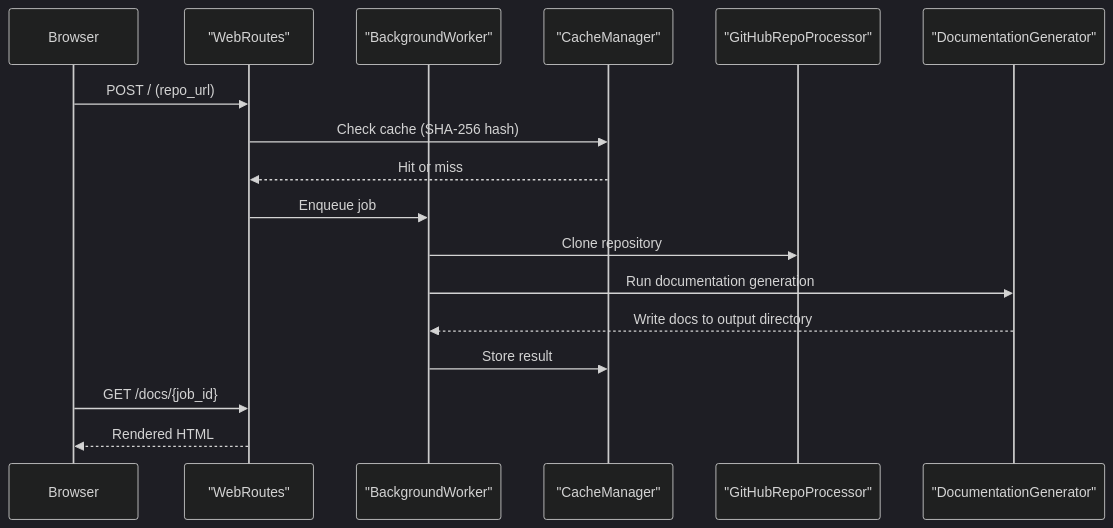
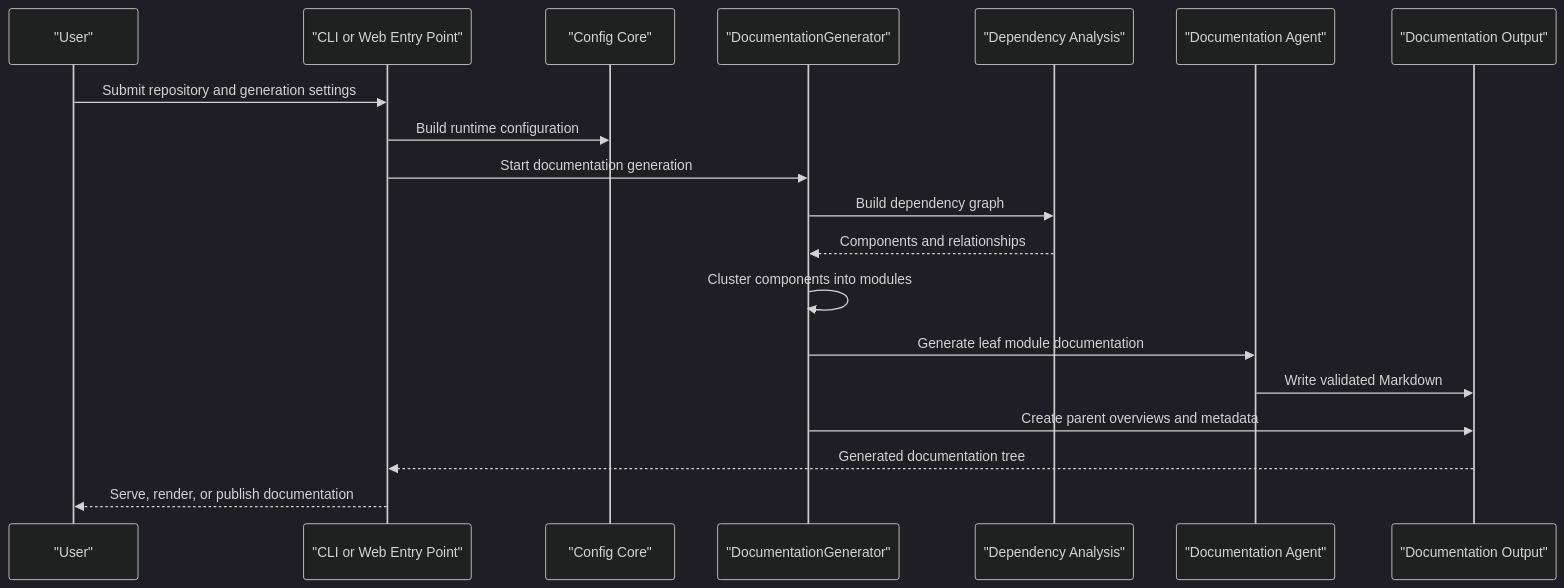
One commit to flamingo-stack/CodeWiki changed the third of 3 diagrams in docs/development/architecture/README.md. Above: the diagram before and after it, drawn with Mermaid (dark theme). The commit also changed other lines of this file and 275 other files, not shown here.

````diff
--- a/docs/development/architecture/README.md
+++ b/docs/development/architecture/README.md
@@ -160,20 +68,22 @@
 ```mermaid
 sequenceDiagram
-    participant Browser
-    participant Routes as "WebRoutes"
-    participant Worker as "BackgroundWorker"
-    participant Cache as "CacheManager"
-    participant GitHub as "GitHubRepoProcessor"
-    participant DocGen as "DocumentationGenerator"
+    participant User as "User"
+    participant Entry as "CLI or Web Entry Point"
+    participant Config as "Config Core"
+    participant Backend as "DocumentationGenerator"
+    participant Analysis as "Dependency Analysis"
+    participant Agent as "Documentation Agent"
+    participant Output as "Documentation Output"
 
-    Browser->>Routes: POST / (repo_url)
-    Routes->>Cache: Check cache (SHA-256 hash)
-    Cache-->>Routes: Hit or miss
-    Routes->>Worker: Enqueue job
-    Worker->>GitHub: Clone repository
-    Worker->>DocGen: Run documentation generation
-    DocGen-->>Worker: Write docs to output directory
-    Worker->>Cache: Store result
-    Browser->>Routes: GET /docs/{job_id}
-    Routes-->>Browser: Rendered HTML
+    User->>Entry: Submit repository and generation settings
+    Entry->>Config: Build runtime configuration
+    Entry->>Backend: Start documentation generation
+    Backend->>Analysis: Build dependency graph
+    Analysis-->>Backend: Components and relationships
+    Backend->>Backend: Cluster components into modules
+    Backend->>Agent: Generate leaf module documentation
+    Agent->>Output: Write validated Markdown
+    Backend->>Output: Create parent overviews and metadata
+    Output-->>Entry: Generated documentation tree
+    Entry-->>User: Serve, render, or publish documentation
 ```
````
